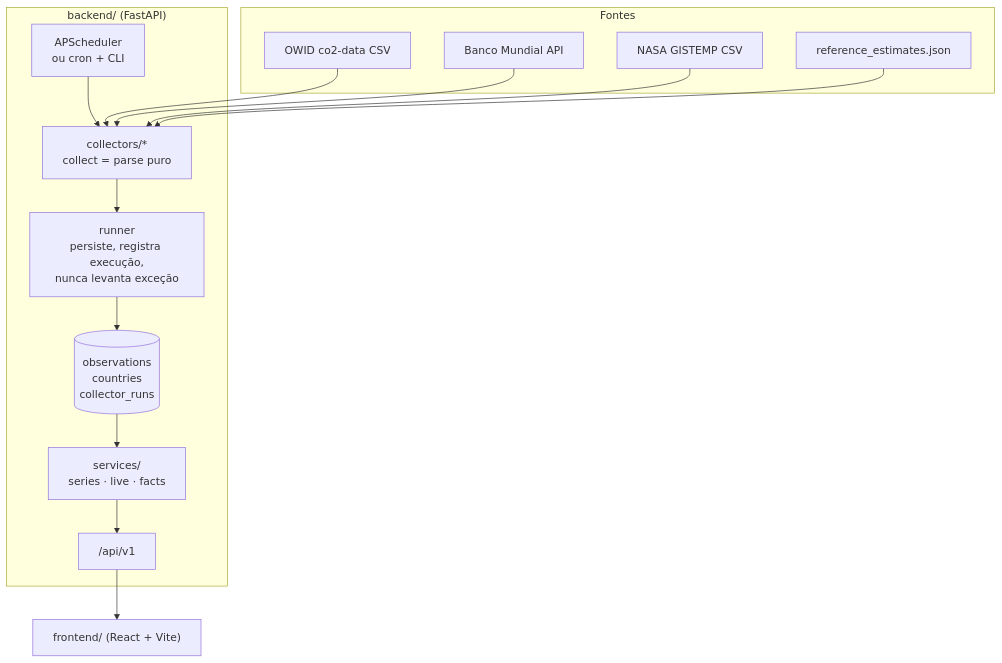
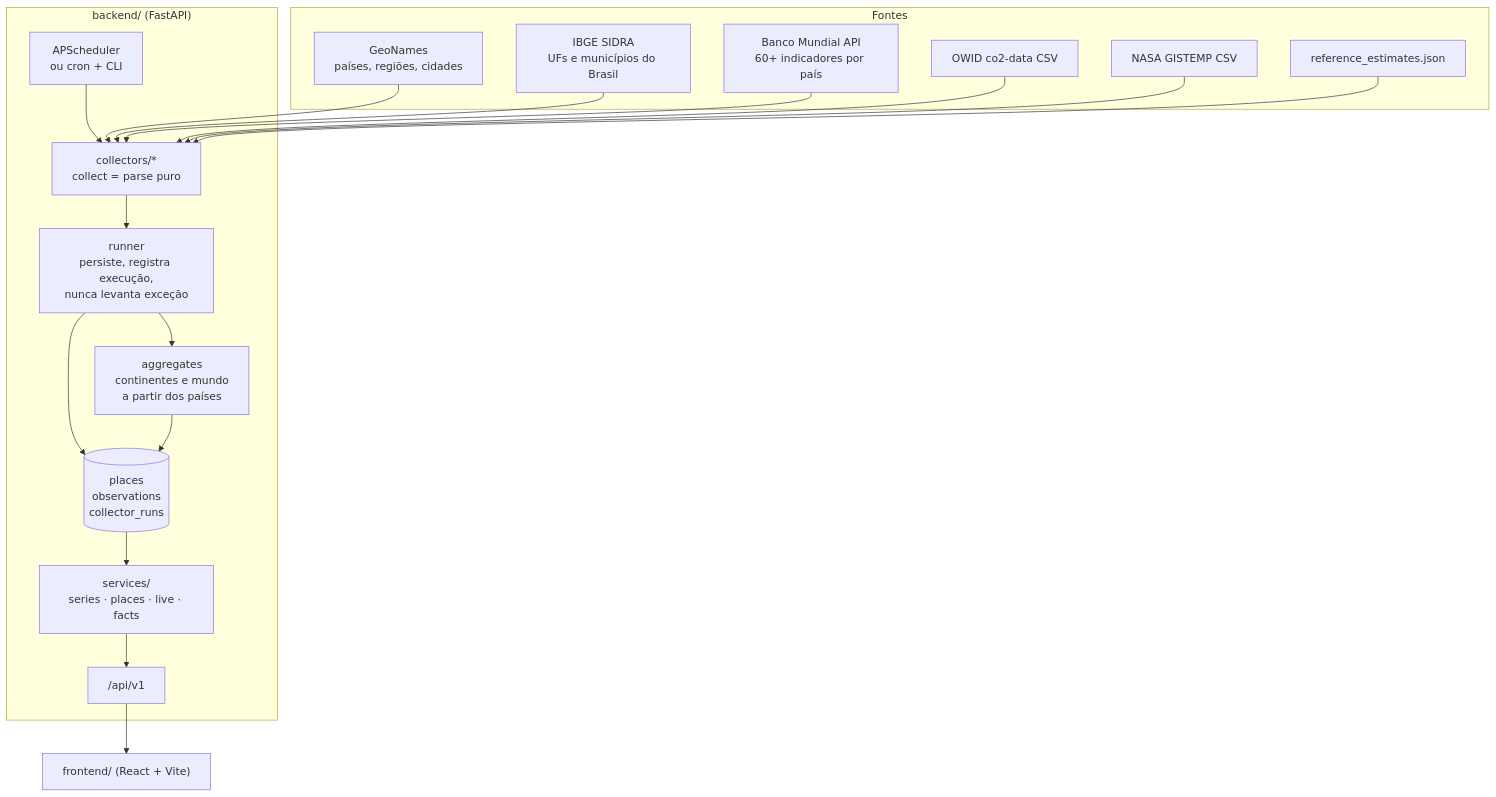
One commit to The-BitLab-Team/world_data_view changed the diagram in docs/arquitetura.md. Above: the diagram before and after it, drawn with Mermaid. The commit also changed other lines of this file, not shown here.

````diff
--- a/docs/arquitetura.md
+++ b/docs/arquitetura.md
@@ -7,18 +7,22 @@
 ```mermaid
 flowchart TD
     subgraph Fontes
+      G[GeoNames<br/>países, regiões, cidades]
+      I[IBGE SIDRA<br/>UFs e municípios do Brasil]
+      W[Banco Mundial API<br/>60+ indicadores por país]
       O[OWID co2-data CSV]
-      W[Banco Mundial API]
       N[NASA GISTEMP CSV]
       R[reference_estimates.json]
     end
     subgraph Backend["backend/ (FastAPI)"]
       C[collectors/*<br/>collect = parse puro] --> RU[runner<br/>persiste, registra execução,<br/>nunca levanta exceção]
-      RU --> DB[(observations<br/>countries<br/>collector_runs)]
-      DB --> SV[services/<br/>series · live · facts]
+      RU --> DB[(places<br/>observations<br/>collector_runs)]
+      RU --> AG[aggregates<br/>continentes e mundo<br/>a partir dos países]
+      AG --> DB
+      DB --> SV[services/<br/>series · places · live · facts]
       SV --> API["/api/v1"]
       SCH[APScheduler<br/>ou cron + CLI] --> C
     end
-    O & W & N & R --> C
+    G & I & W & O & N & R --> C
     API --> FE["frontend/ (React + Vite)"]
 ```
````
